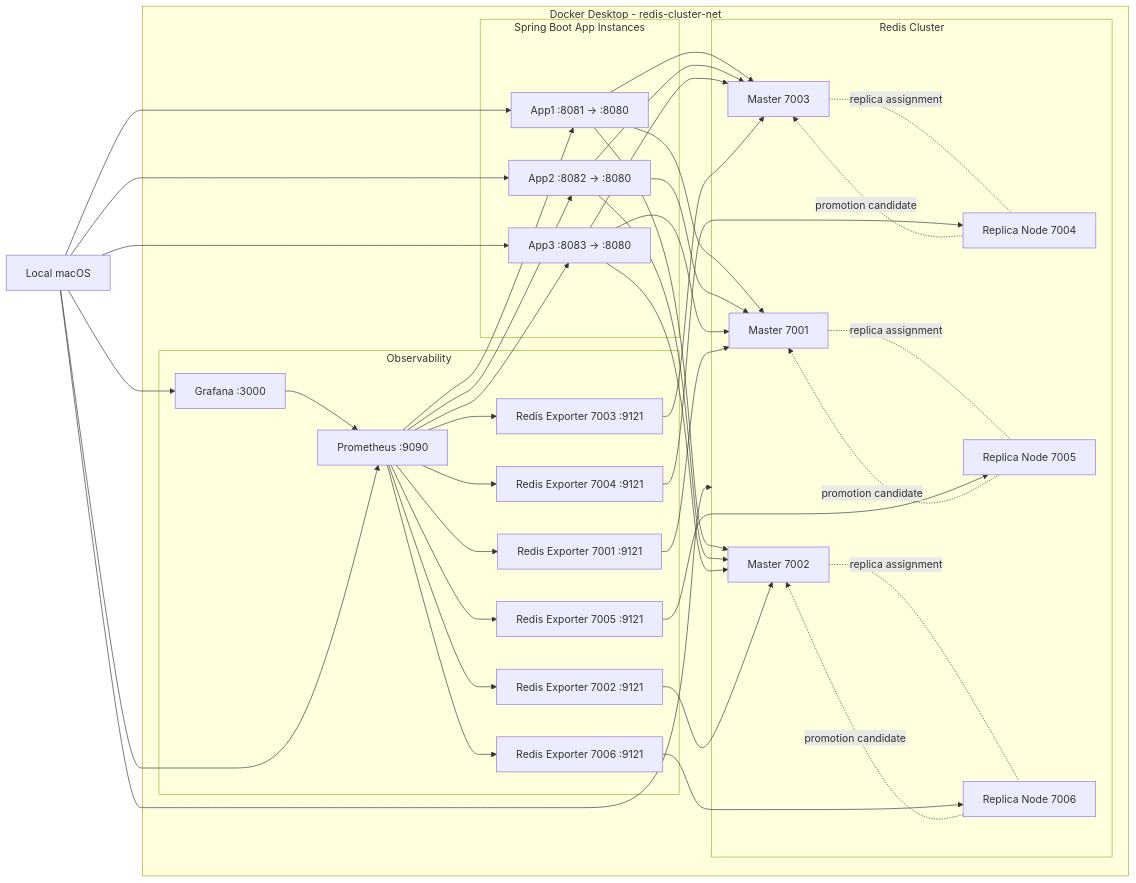
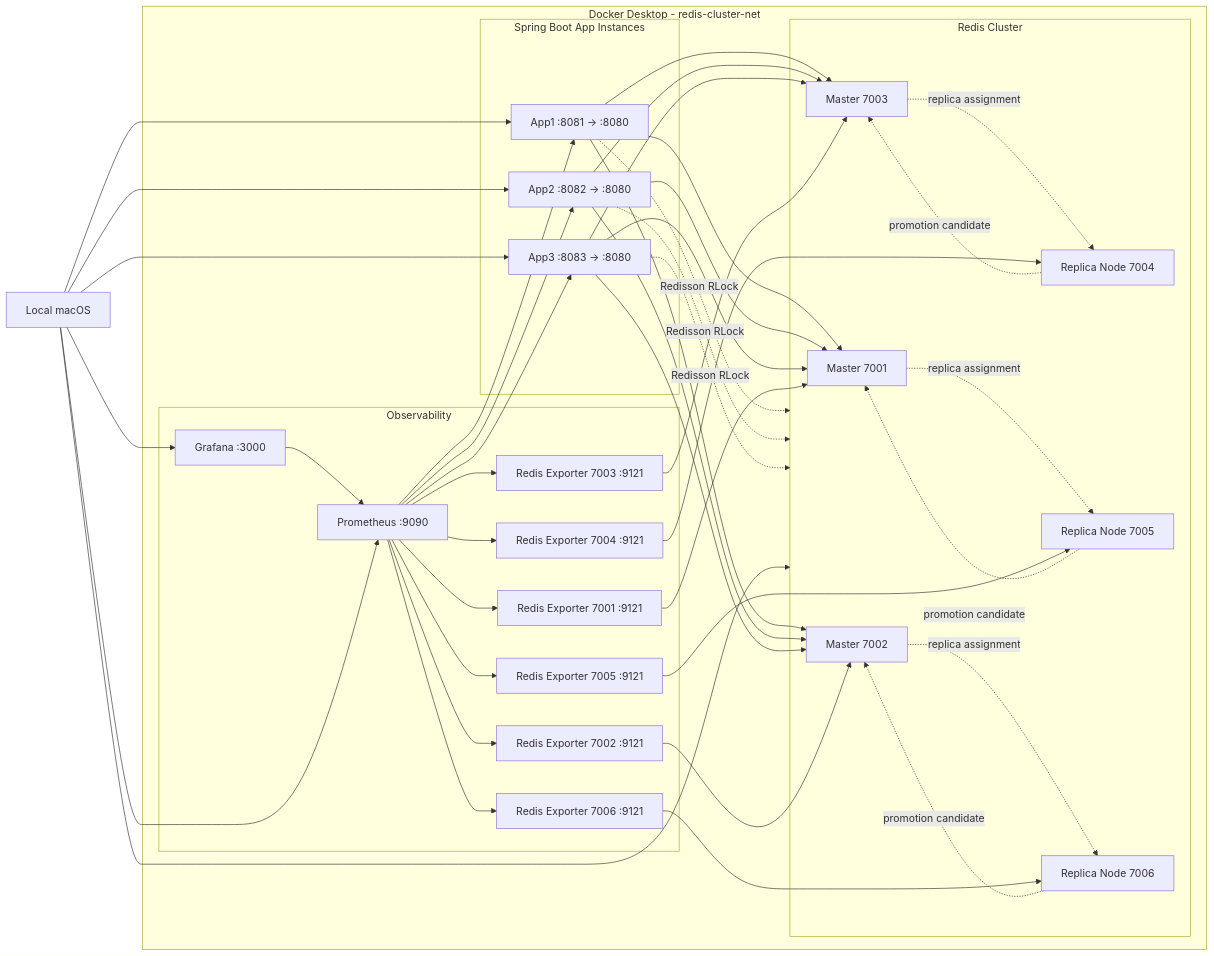
The diagram in docs/architecture.md (bbangssi91/redis-cluster-lab), drawn with Mermaid before and after one commit. The commit also changed other lines of this file and 47 other files, not shown here.

````diff
--- a/docs/architecture.md
+++ b/docs/architecture.md
@@ -5,74 +5,77 @@
 ```mermaid
 flowchart LR
     subgraph Docker["Docker Desktop - redis-cluster-net"]
         subgraph Apps["Spring Boot App Instances"]
             App1["App1 :8081 -> :8080"]
             App2["App2 :8082 -> :8080"]
             App3["App3 :8083 -> :8080"]
         end
 
         subgraph Redis["Redis Cluster"]
             M1["Master 7001"]
             M2["Master 7002"]
             M3["Master 7003"]
             R4["Replica Node 7004"]
             R5["Replica Node 7005"]
             R6["Replica Node 7006"]
         end
 
         subgraph Observability["Observability"]
             E1["Redis Exporter 7001 :9121"]
             E2["Redis Exporter 7002 :9121"]
             E3["Redis Exporter 7003 :9121"]
             E4["Redis Exporter 7004 :9121"]
             E5["Redis Exporter 7005 :9121"]
             E6["Redis Exporter 7006 :9121"]
             Prom["Prometheus :9090"]
             Grafana["Grafana :3000"]
         end
 
         App1 --> M1
         App1 --> M2
         App1 --> M3
+        App1 -. Redisson RLock .-> Redis
         App2 --> M1
         App2 --> M2
         App2 --> M3
+        App2 -. Redisson RLock .-> Redis
         App3 --> M1
         App3 --> M2
         App3 --> M3
+        App3 -. Redisson RLock .-> Redis
 
-        M1 -. replica assignment .- R5
-        M2 -. replica assignment .- R6
-        M3 -. replica assignment .- R4
+        M1 -. replica assignment .-> R5
+        M2 -. replica assignment .-> R6
+        M3 -. replica assignment .-> R4
 
         R5 -. promotion candidate .-> M1
         R6 -. promotion candidate .-> M2
         R4 -. promotion candidate .-> M3
 
         E1 --> M1
         E2 --> M2
         E3 --> M3
         E4 --> R4
         E5 --> R5
         E6 --> R6
 
         Prom --> E1
         Prom --> E2
         Prom --> E3
         Prom --> E4
         Prom --> E5
         Prom --> E6
         Prom --> App1
         Prom --> App2
         Prom --> App3
 
         Grafana --> Prom
     end
 
     User["Local macOS"] --> App1
     User --> App2
     User --> App3
     User --> Redis
     User --> Prom
     User --> Grafana
 ```
````
